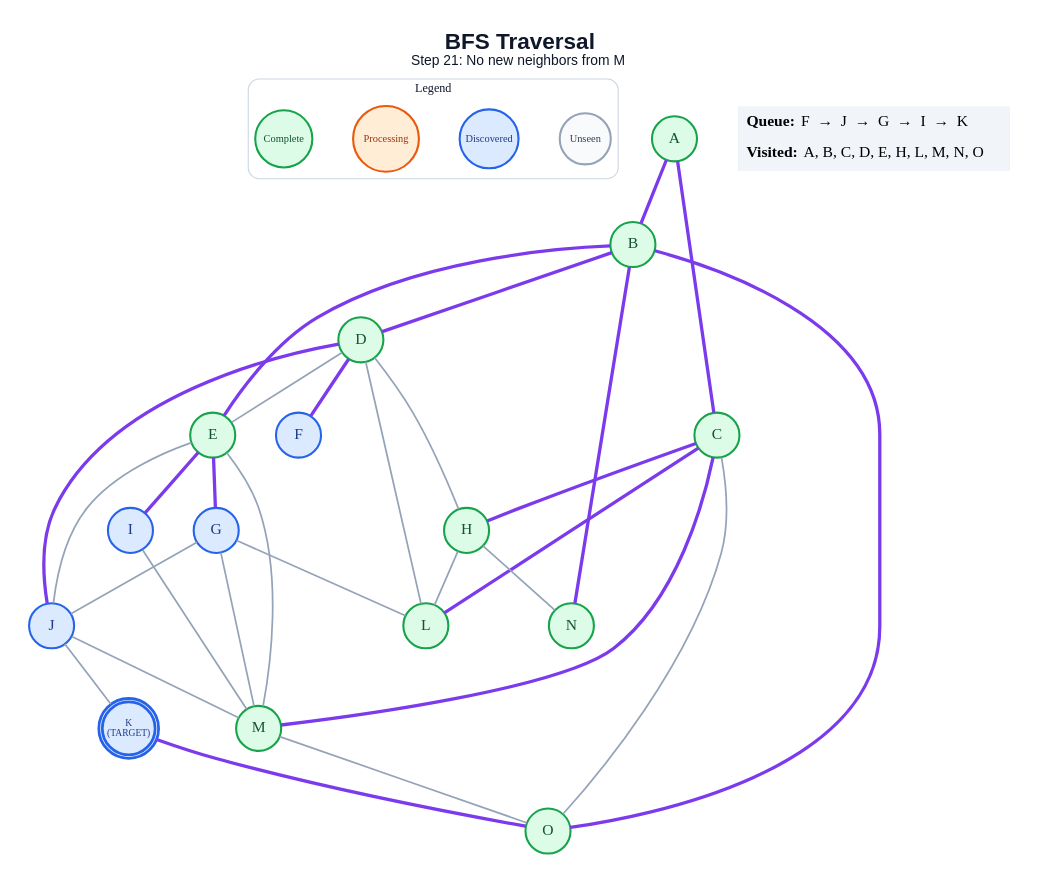
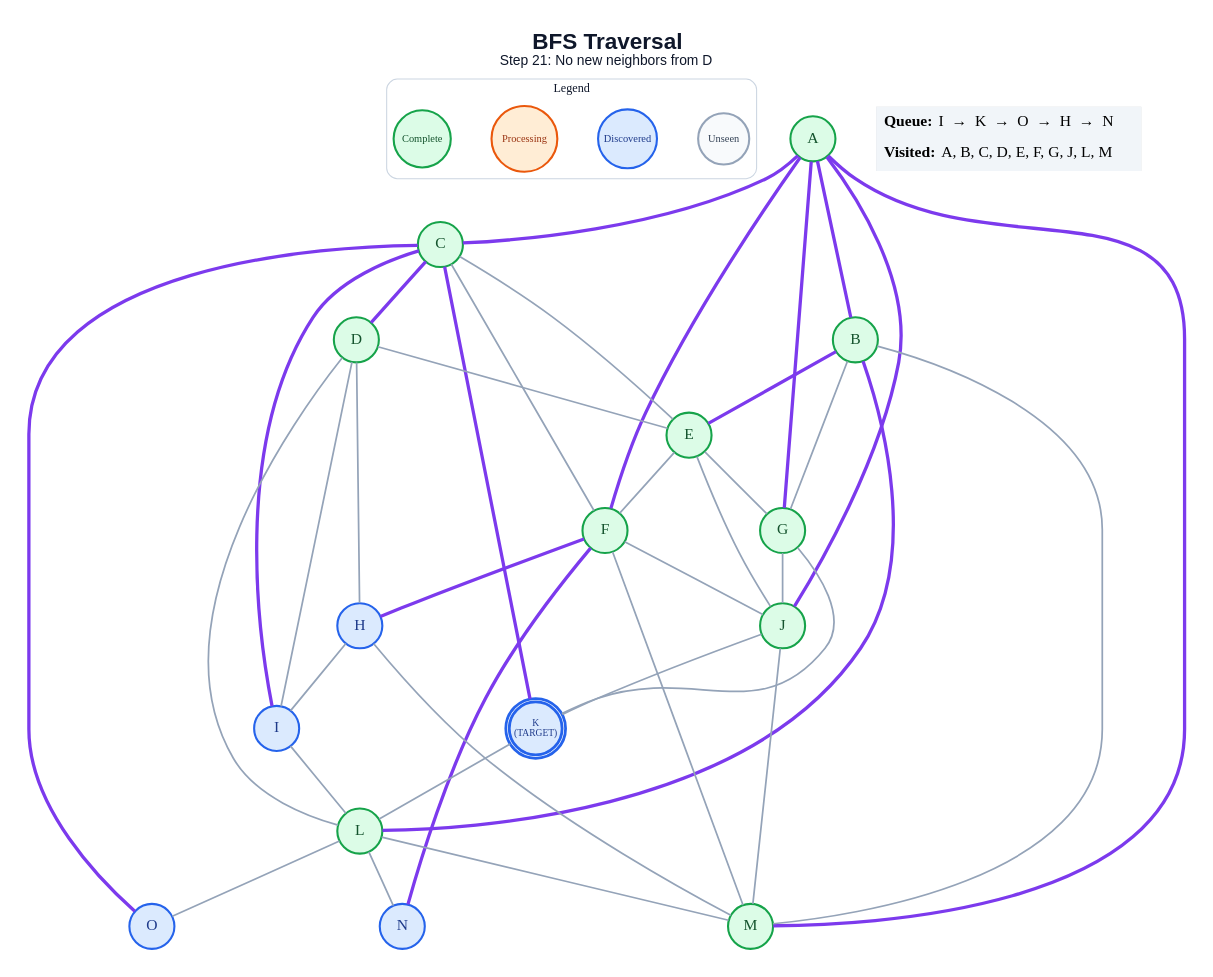
One commit to anon7238593-create/ai-slop changed the diagram in generated/specific-node/bfs/step_21.dot. Above: the diagram before and after it, drawn with Graphviz. The commit also changed 279 other files, not shown here.

```diff
--- a/generated/specific-node/bfs/step_21.dot
+++ b/generated/specific-node/bfs/step_21.dot
@@ -1,63 +1,72 @@
 graph traversal {
   graph [layout=dot, rankdir=TB, bgcolor="#FFFFFF", pad="0.35", nodesep="0.65", ranksep="0.8", fontname="Arial"];
   node [shape=circle, style="filled", fontname="Arial Bold", fontsize=18, width=0.72, fixedsize=true, penwidth=2.4];
   edge [color="#94A3B8", penwidth=2.0];
-  label=<<B>BFS Traversal</B><BR/><FONT POINT-SIZE="16">Step 21: No new neighbors from M</FONT>>; labelloc="t"; fontsize=26; fontname="Arial"; fontcolor="#0F172A";
+  label=<<B>BFS Traversal</B><BR/><FONT POINT-SIZE="16">Step 21: No new neighbors from D</FONT>>; labelloc="t"; fontsize=26; fontname="Arial"; fontcolor="#0F172A";
   subgraph cluster_legend { label="Legend"; color="#CBD5E1"; penwidth=1.2; style="rounded"; fontsize=14; fontname="Arial Bold";
     key_unseen [label="Unseen", fillcolor="#F8FAFC", color="#94A3B8", fontcolor="#334155", fontsize=12, width=0.82];
     key_frontier [label="Discovered", fillcolor="#DBEAFE", color="#2563EB", fontcolor="#1E3A8A", fontsize=12, width=0.95];
     key_current [label="Processing", fillcolor="#FFEDD5", color="#EA580C", fontcolor="#9A3412", fontsize=12, width=1.05];
     key_done [label="Complete", fillcolor="#DCFCE7", color="#16A34A", fontcolor="#14532D", fontsize=12, width=0.92];
     { rank=same; key_unseen; key_frontier; key_current; key_done; }
   }
   A [label="A", fillcolor="#DCFCE7", color="#16A34A", fontcolor="#14532D", peripheries=1, penwidth=2.4];
   B [label="B", fillcolor="#DCFCE7", color="#16A34A", fontcolor="#14532D", peripheries=1, penwidth=2.4];
   C [label="C", fillcolor="#DCFCE7", color="#16A34A", fontcolor="#14532D", peripheries=1, penwidth=2.4];
   D [label="D", fillcolor="#DCFCE7", color="#16A34A", fontcolor="#14532D", peripheries=1, penwidth=2.4];
   E [label="E", fillcolor="#DCFCE7", color="#16A34A", fontcolor="#14532D", peripheries=1, penwidth=2.4];
-  F [label="F", fillcolor="#DBEAFE", color="#2563EB", fontcolor="#1E3A8A", peripheries=1, penwidth=2.4];
-  G [label="G", fillcolor="#DBEAFE", color="#2563EB", fontcolor="#1E3A8A", peripheries=1, penwidth=2.4];
-  H [label="H", fillcolor="#DCFCE7", color="#16A34A", fontcolor="#14532D", peripheries=1, penwidth=2.4];
+  F [label="F", fillcolor="#DCFCE7", color="#16A34A", fontcolor="#14532D", peripheries=1, penwidth=2.4];
+  G [label="G", fillcolor="#DCFCE7", color="#16A34A", fontcolor="#14532D", peripheries=1, penwidth=2.4];
+  H [label="H", fillcolor="#DBEAFE", color="#2563EB", fontcolor="#1E3A8A", peripheries=1, penwidth=2.4];
   I [label="I", fillcolor="#DBEAFE", color="#2563EB", fontcolor="#1E3A8A", peripheries=1, penwidth=2.4];
-  J [label="J", fillcolor="#DBEAFE", color="#2563EB", fontcolor="#1E3A8A", peripheries=1, penwidth=2.4];
+  J [label="J", fillcolor="#DCFCE7", color="#16A34A", fontcolor="#14532D", peripheries=1, penwidth=2.4];
   K [label="K\n(TARGET)", fillcolor="#DBEAFE", color="#2563EB", fontcolor="#1E3A8A", peripheries=2, penwidth=3.2, fontsize=11, width=0.85, height=0.85];
   L [label="L", fillcolor="#DCFCE7", color="#16A34A", fontcolor="#14532D", peripheries=1, penwidth=2.4];
   M [label="M", fillcolor="#DCFCE7", color="#16A34A", fontcolor="#14532D", peripheries=1, penwidth=2.4];
-  N [label="N", fillcolor="#DCFCE7", color="#16A34A", fontcolor="#14532D", peripheries=1, penwidth=2.4];
-  O [label="O", fillcolor="#DCFCE7", color="#16A34A", fontcolor="#14532D", peripheries=1, penwidth=2.4];
+  N [label="N", fillcolor="#DBEAFE", color="#2563EB", fontcolor="#1E3A8A", peripheries=1, penwidth=2.4];
+  O [label="O", fillcolor="#DBEAFE", color="#2563EB", fontcolor="#1E3A8A", peripheries=1, penwidth=2.4];
   A -- B [color="#7C3AED", penwidth=3.8];
   A -- C [color="#7C3AED", penwidth=3.8];
-  B -- D [color="#7C3AED", penwidth=3.8];
+  A -- F [color="#7C3AED", penwidth=3.8];
+  A -- G [color="#7C3AED", penwidth=3.8];
+  A -- J [color="#7C3AED", penwidth=3.8];
+  A -- M [color="#7C3AED", penwidth=3.8];
   B -- E [color="#7C3AED", penwidth=3.8];
-  B -- N [color="#7C3AED", penwidth=3.8];
-  B -- O [color="#7C3AED", penwidth=3.8];
-  C -- H [color="#7C3AED", penwidth=3.8];
-  C -- L [color="#7C3AED", penwidth=3.8];
-  C -- M [color="#7C3AED", penwidth=3.8];
-  C -- O;
+  B -- G;
+  B -- L [color="#7C3AED", penwidth=3.8];
+  B -- M;
+  C -- D [color="#7C3AED", penwidth=3.8];
+  C -- E;
+  C -- F;
+  C -- I [color="#7C3AED", penwidth=3.8];
+  C -- K [color="#7C3AED", penwidth=3.8];
+  C -- O [color="#7C3AED", penwidth=3.8];
   D -- E;
-  D -- F [color="#7C3AED", penwidth=3.8];
   D -- H;
-  D -- J [color="#7C3AED", penwidth=3.8];
+  D -- I;
   D -- L;
-  E -- G [color="#7C3AED", penwidth=3.8];
-  E -- I [color="#7C3AED", penwidth=3.8];
+  E -- F;
+  E -- G;
   E -- J;
-  E -- M;
+  F -- H [color="#7C3AED", penwidth=3.8];
+  F -- J;
+  F -- M;
+  F -- N [color="#7C3AED", penwidth=3.8];
   G -- J;
-  G -- L;
-  G -- M;
-  H -- L;
-  H -- N;
-  I -- M;
+  G -- K;
+  H -- I;
+  H -- M;
+  I -- L;
   J -- K;
   J -- M;
-  K -- O [color="#7C3AED", penwidth=3.8];
-  M -- O;
+  K -- L;
+  L -- M;
+  L -- N;
+  L -- O;
   status [shape=plain, fixedsize=false, width=0, height=0, margin=0, label=<
     <TABLE BORDER="0" CELLBORDER="0" CELLPADDING="7" BGCOLOR="#F1F5F9">
-      <TR><TD ALIGN="LEFT"><B>Queue:</B> F  →  J  →  G  →  I  →  K</TD></TR>
-      <TR><TD ALIGN="LEFT"><B>Visited:</B> A, B, C, D, E, H, L, M, N, O</TD></TR>
+      <TR><TD ALIGN="LEFT"><B>Queue:</B> I  →  K  →  O  →  H  →  N</TD></TR>
+      <TR><TD ALIGN="LEFT"><B>Visited:</B> A, B, C, D, E, F, G, J, L, M</TD></TR>
     </TABLE>
   >];
 }
```
